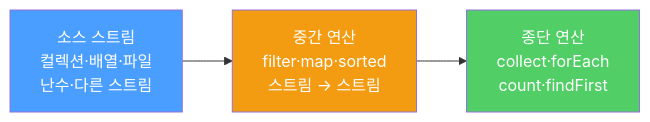
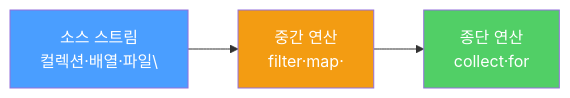
One commit to yjkim2015/yjkim2015.github.io changed the first of 3 diagrams in _posts/java/2022-01-22-effective-java45.md. Above: the diagram before and after it, drawn with Mermaid. The commit also changed other lines of this file and 271 other files, not shown here.

First line of the commit message:
Mermaid 라벨 축소: 긴 노드 텍스트 18자 이하로 트림 + \n 제거

````diff
--- a/_posts/java/2022-01-22-effective-java45.md
+++ b/_posts/java/2022-01-22-effective-java45.md
@@ -18,8 +18,8 @@
 ```mermaid
 graph LR
-    A["소스 스트림\n컬렉션·배열·파일\n난수·다른 스트림"] --> B["중간 연산\nfilter·map·sorted\n스트림 → 스트림"]
-    B --> C["종단 연산\ncollect·forEach\ncount·findFirst"]
+    A["소스 스트림\n컬렉션·배열·파일\"] --> B["중간 연산\nfilter·map·"]
+    B --> C["종단 연산\ncollect·for"]
     style A fill:#4a9eff,color:#fff
     style B fill:#f39c12,color:#fff
     style C fill:#51cf66,color:#fff
 ```
````
